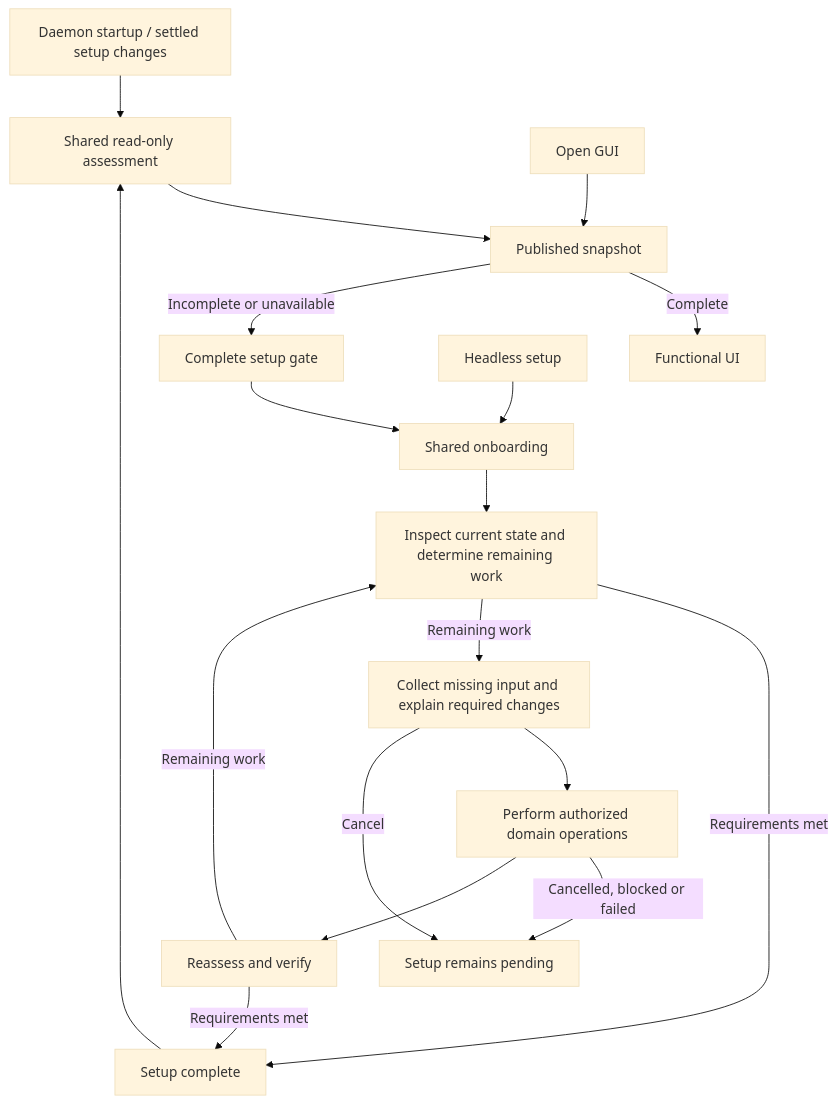
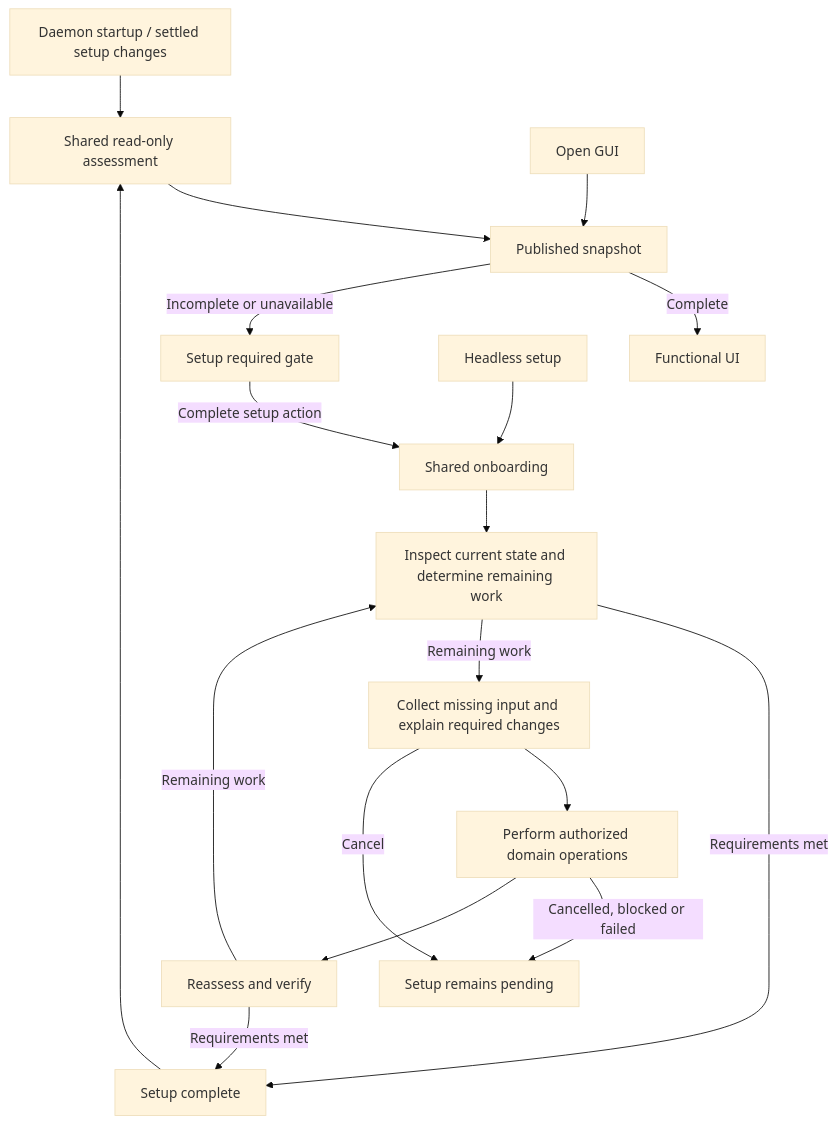
Before and after one commit to Staphylococcus/LG_Buddy: the diagram in docs/onboarding.md, drawn with Mermaid (base theme). The commit also changed other lines of this file and 10 other files, not shown here.

Commit message:
Restore setup splash CTA and modal repair flow

````diff
--- a/docs/onboarding.md
+++ b/docs/onboarding.md
@@ -99,20 +105,20 @@
 ```mermaid
 flowchart TD
     START["Daemon startup / settled setup changes"] --> CHECK["Shared read-only assessment"]
     CHECK --> CACHE["Published snapshot"]
     GUI["Open GUI"] --> CACHE
     CACHE -->|"Complete"| UI["Functional UI"]
-    CACHE -->|"Incomplete or unavailable"| GATE["Complete setup gate"]
-    GATE --> FLOW["Shared onboarding"]
+    CACHE -->|"Incomplete or unavailable"| GATE["Setup required gate"]
+    GATE -->|"Complete setup action"| FLOW["Shared onboarding"]
     CLI["Headless setup"] --> FLOW
     FLOW --> INSPECT["Inspect current state and determine remaining work"]
     INSPECT -->|"Requirements met"| DONE["Setup complete"]
     INSPECT -->|"Remaining work"| EXPLAIN["Collect missing input and explain required changes"]
     EXPLAIN --> APPLY["Perform authorized domain operations"]
     EXPLAIN -->|"Cancel"| PENDING["Setup remains pending"]
     APPLY -->|"Cancelled, blocked or failed"| PENDING
     APPLY --> VERIFY["Reassess and verify"]
     VERIFY -->|"Remaining work"| INSPECT
     VERIFY -->|"Requirements met"| DONE
     DONE --> CHECK
 ```
````
